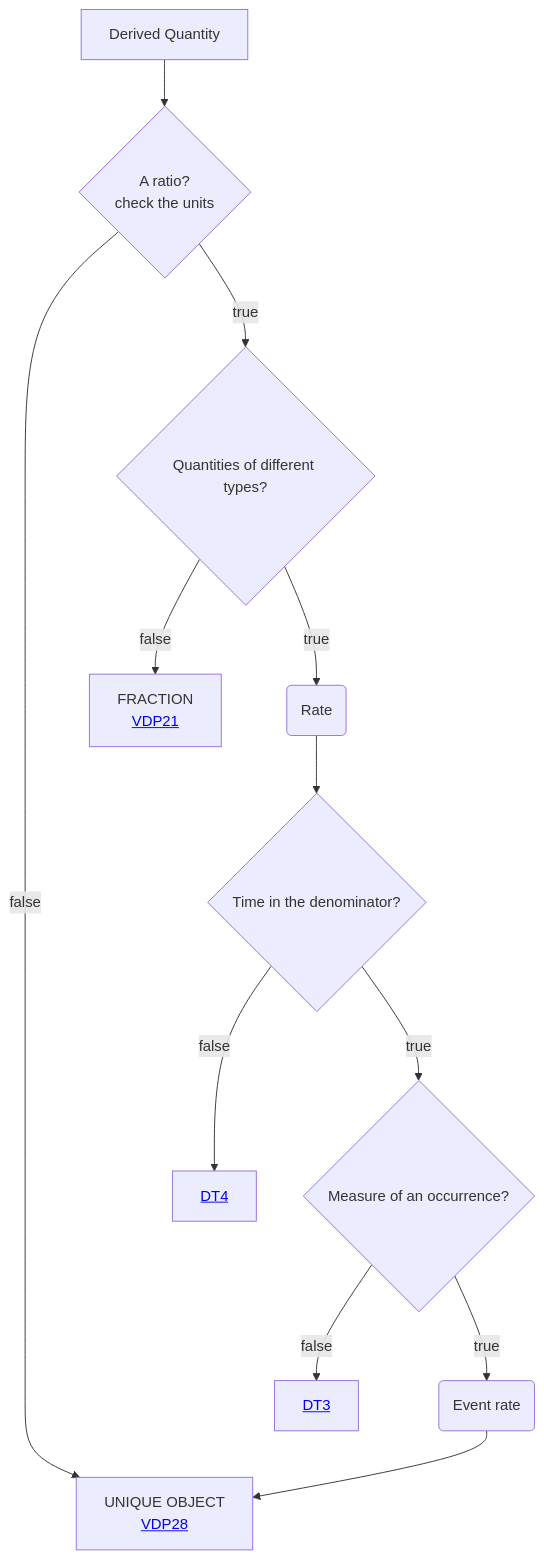
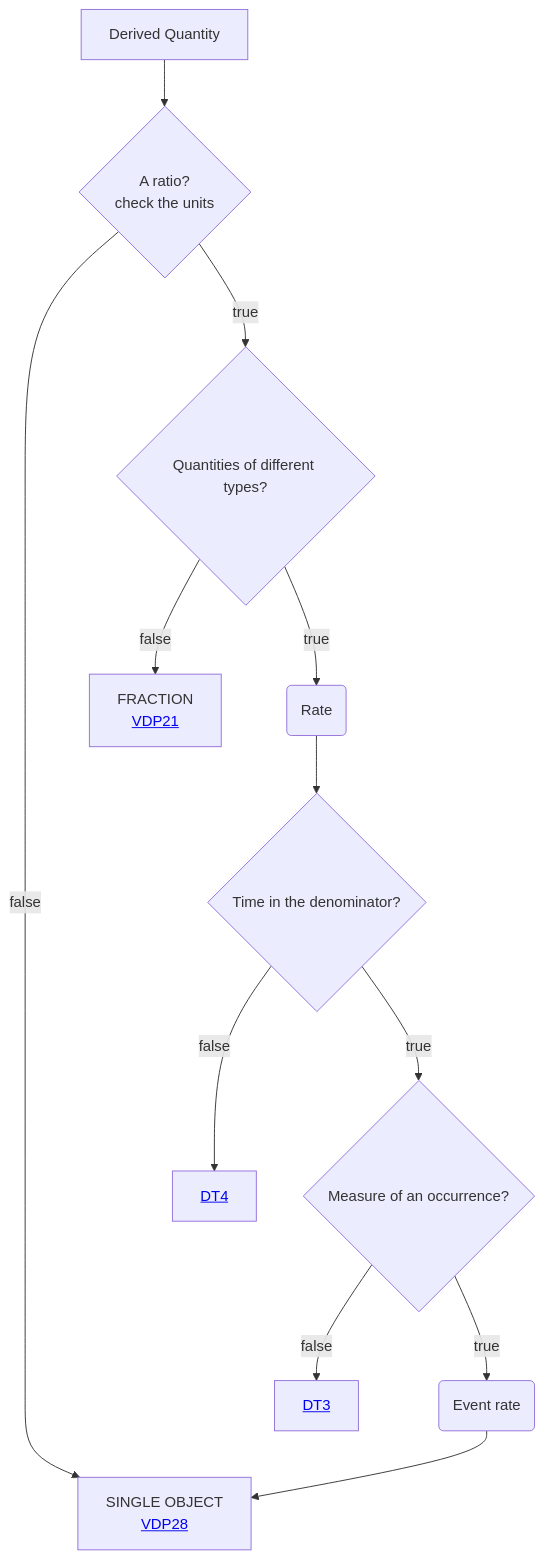
The diagram in Decisition_trees/DT2.mmd (mabablue/I-ADOPT-patterns-playground), drawn with Mermaid before and after one commit.

```diff
--- a/Decisition_trees/DT2.mmd
+++ b/Decisition_trees/DT2.mmd
@@ -1,12 +1,12 @@
 flowchart TD
     A[Derived Quantity] --> B{A ratio?<br>check the units}
     B --> |true|C{Quantities of different types?} 
-    B --> |false|I[UNIQUE OBJECT <br> <a href='https://github.com/mabablue/I-ADOPT-patterns-playground/blob/main/pattern/VDP28.yaml'>VDP28</a>]
+    B --> |false|I[SINGLE OBJECT <br> <a href='https://github.com/mabablue/I-ADOPT-patterns-playground/blob/main/pattern/VDP28.yaml'>VDP28</a>]
     C --> |true|MN(Rate) 
     MN --> N{Time in the denominator?}
     C --> |false|D[FRACTION <br> <a href='https://github.com/mabablue/I-ADOPT-patterns-playground/blob/main/pattern/VDP21.yaml'>VDP21</a>]
     N --> |true|E{Measure of an occurrence?}
     N --> |false|O[<a href='https://github.com/mabablue/I-ADOPT-patterns-playground/blob/main/Decisition_trees/DT4.mmd'>DT4</a>]
     E --> |true|L(Event rate)
     E --> |false|K[<a href='https://github.com/mabablue/I-ADOPT-patterns-playground/blob/main/Decisition_trees/DT3.mmd'>DT3</a>]
     L --> I
```
